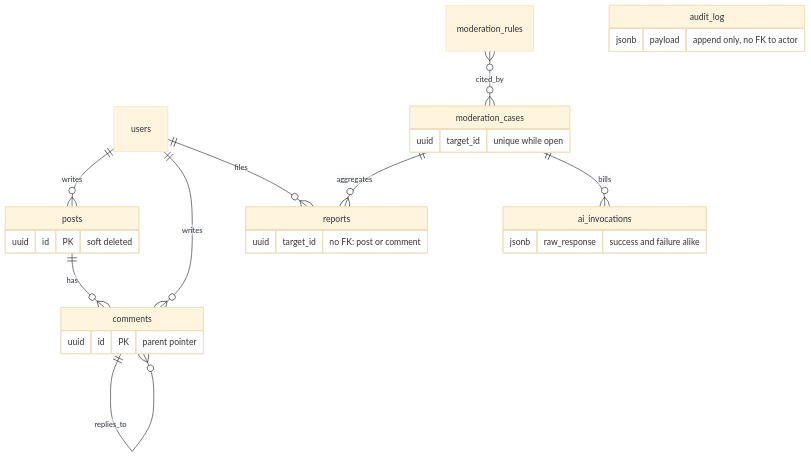
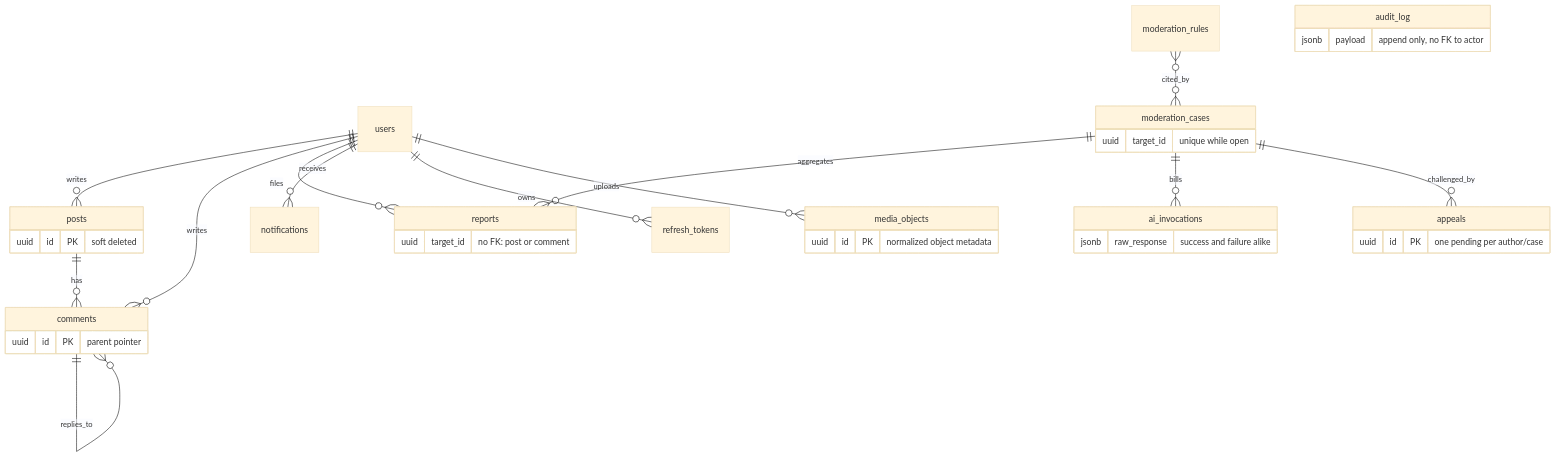
Before and after one commit to Mingjie-Mao/De-moderation-backend: the fourth of 4 diagrams in docs/architecture.md, drawn with Mermaid (base theme). The commit also changed other lines of this file and 139 other files, not shown here.

````diff
--- a/docs/architecture.md
+++ b/docs/architecture.md
@@ -109,18 +115,24 @@
 ```mermaid
 erDiagram
     users ||--o{ posts : writes
     users ||--o{ comments : writes
     users ||--o{ reports : files
     posts ||--o{ comments : has
     comments ||--o{ comments : replies_to
     moderation_cases ||--o{ reports : aggregates
     moderation_cases ||--o{ ai_invocations : bills
+    moderation_cases ||--o{ appeals : challenged_by
+    users ||--o{ notifications : receives
+    users ||--o{ refresh_tokens : owns
+    users ||--o{ media_objects : uploads
     moderation_rules }o--o{ moderation_cases : cited_by
 
     posts { uuid id PK "soft deleted" }
     comments { uuid id PK "parent pointer" }
     reports { uuid target_id "no FK: post or comment" }
     moderation_cases { uuid target_id "unique while open" }
+    appeals { uuid id PK "one pending per author/case" }
+    media_objects { uuid id PK "normalized object metadata" }
     ai_invocations { jsonb raw_response "success and failure alike" }
     audit_log { jsonb payload "append only, no FK to actor" }
 ```
````
